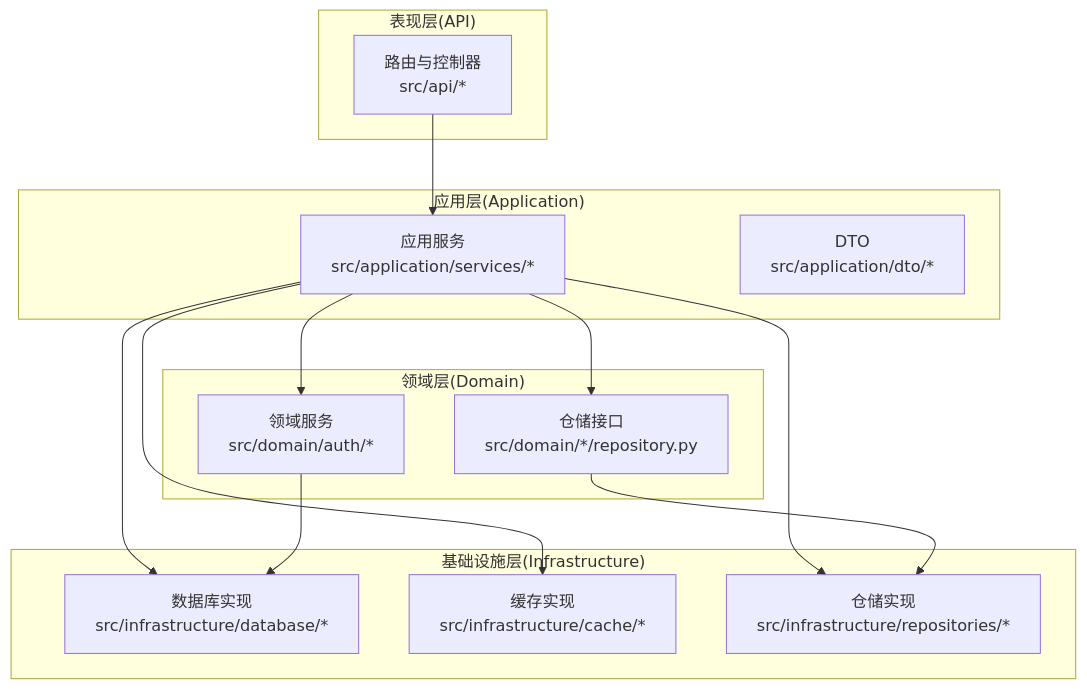
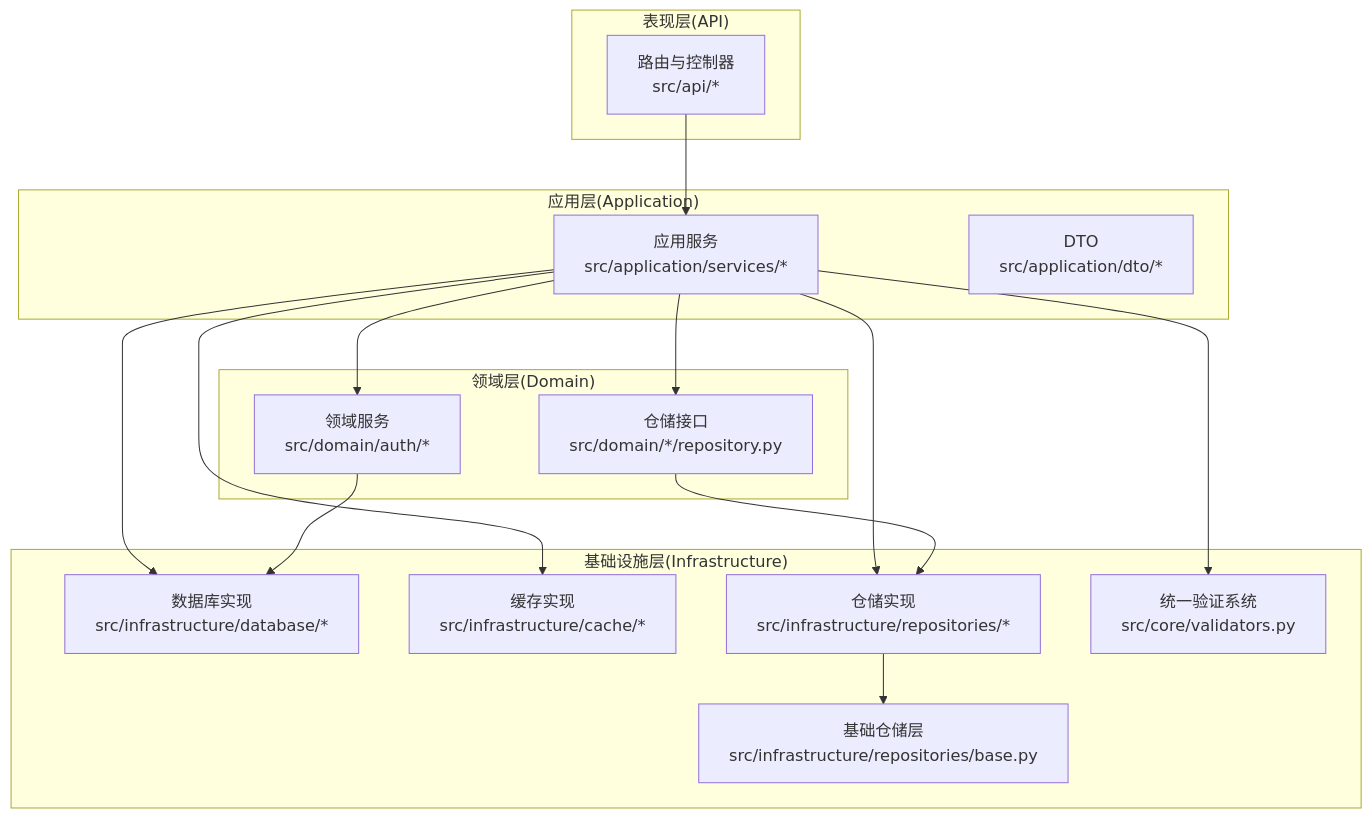
One commit to taoweidong/Hello-FastApi changed the first of 8 diagrams in .qoder/repowiki/zh/content/项目概述/架构设计/DDD 领域驱动设计.md. Above: the diagram before and after it, drawn with Mermaid. The commit also changed other lines of this file and 11 other files, not shown here.

````diff
--- a/.qoder/repowiki/zh/content/项目概述/架构设计/DDD 领域驱动设计.md
+++ b/.qoder/repowiki/zh/content/项目概述/架构设计/DDD 领域驱动设计.md
@@ -52,27 +67,31 @@
 ```mermaid
 graph TB
 subgraph "表现层(API)"
 A["路由与控制器<br/>src/api/*"]
 end
 subgraph "应用层(Application)"
 B["应用服务<br/>src/application/services/*"]
 C["DTO<br/>src/application/dto/*"]
 end
 subgraph "领域层(Domain)"
 D["领域服务<br/>src/domain/auth/*"]
 E["仓储接口<br/>src/domain/*/repository.py"]
 end
 subgraph "基础设施层(Infrastructure)"
 F["数据库实现<br/>src/infrastructure/database/*"]
 G["缓存实现<br/>src/infrastructure/cache/*"]
 H["仓储实现<br/>src/infrastructure/repositories/*"]
+I["基础仓储层<br/>src/infrastructure/repositories/base.py"]
+J["统一验证系统<br/>src/core/validators.py"]
 end
 A --> B
 B --> D
 B --> E
 B --> F
 B --> G
 B --> H
+B --> J
 D --> F
 E --> H
+H --> I
 ```
````
